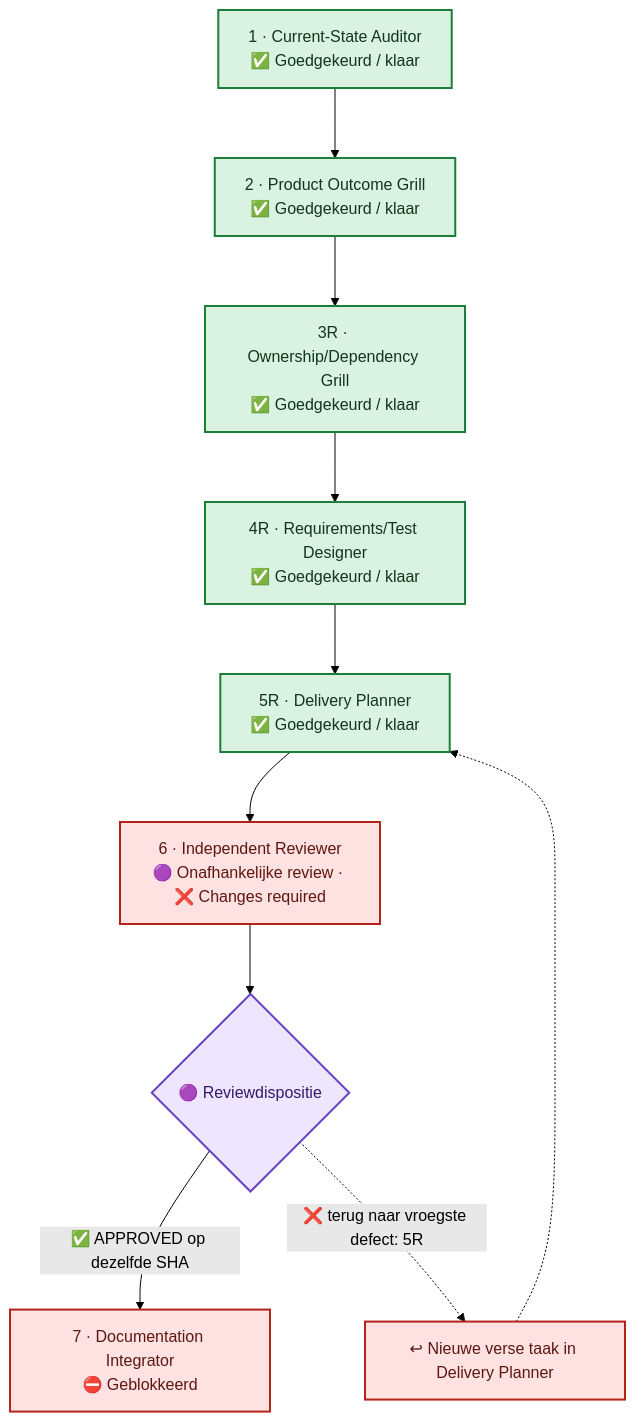
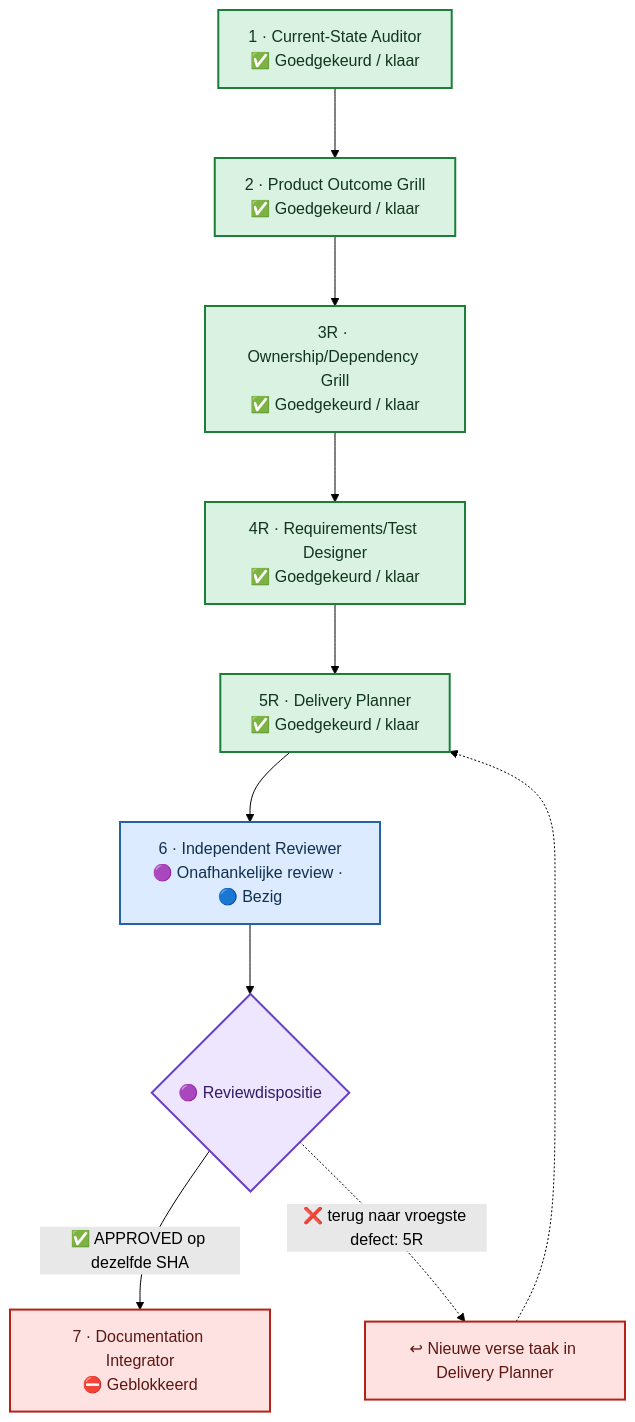
One commit to Jandesch91/n1-bioforge-requirements-cockpit changed the diagram in flow.mmd. Above: the diagram before and after it, drawn with Mermaid (forest theme). The commit also changed 4 other files, not shown here.

Commit message:
chore(cockpit): show fresh Phase 6R5 review active

```diff
--- a/flow.mmd
+++ b/flow.mmd
@@ -1,32 +1,32 @@
 %%{init: {"flowchart": {"curve": "basis", "nodeSpacing": 60, "rankSpacing": 70, "htmlLabels": true}}}%%
 flowchart TB
     %% A vertical main lane prevents crossing arrows. The review return uses one side lane.
     phase_1["1 · Current-State Auditor<br/>✅ Goedgekeurd / klaar"]
     phase_2["2 · Product Outcome Grill<br/>✅ Goedgekeurd / klaar"]
     phase_3r["3R · Ownership/Dependency Grill<br/>✅ Goedgekeurd / klaar"]
     phase_4r["4R · Requirements/Test Designer<br/>✅ Goedgekeurd / klaar"]
     phase_5r["5R · Delivery Planner<br/>✅ Goedgekeurd / klaar"]
-    phase_6["6 · Independent Reviewer<br/>🟣 Onafhankelijke review · ❌ Changes required"]
+    phase_6["6 · Independent Reviewer<br/>🟣 Onafhankelijke review · 🔵 Bezig"]
     phase_7["7 · Documentation Integrator<br/>⛔ Geblokkeerd"]
     phase_1 --> phase_2 --> phase_3r --> phase_4r --> phase_5r --> phase_6
     review_decision{"🟣 Reviewdispositie"}
     phase_6 --> review_decision
     review_decision -->|"✅ APPROVED op dezelfde SHA"| phase_7
     review_decision -.->|"❌ terug naar vroegste defect: 5R"| return_lane["↩ Nieuwe verse taak in Delivery Planner"]
     return_lane -.-> phase_5r
     classDef approved fill:#D9F2E1,stroke:#1B7F3A,color:#12351D,stroke-width:2px
     classDef inprogress fill:#DCEBFF,stroke:#2463A6,color:#12304F,stroke-width:2px
     classDef human fill:#FFF2BF,stroke:#A66B00,color:#4D3300,stroke-width:2px
     classDef changes fill:#FDE2E1,stroke:#B42318,color:#5D1712,stroke-width:2px
     classDef blocked fill:#FDE2E1,stroke:#B42318,color:#5D1712,stroke-width:2px
     classDef notstarted fill:#F2F4F7,stroke:#667085,color:#344054,stroke-width:2px
     classDef review fill:#EEE5FF,stroke:#6941C6,color:#321B69,stroke-width:2px
     class phase_1 approved
     class phase_2 approved
     class phase_3r approved
     class phase_4r approved
     class phase_5r approved
-    class phase_6 changes
+    class phase_6 inprogress
     class phase_7 blocked
     class return_lane blocked
     class review_decision review
```
